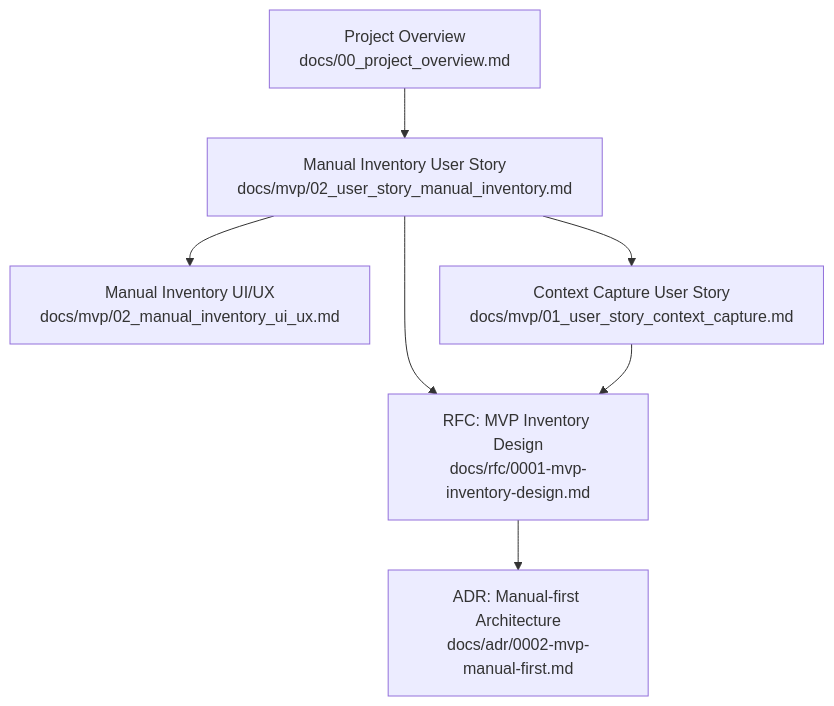
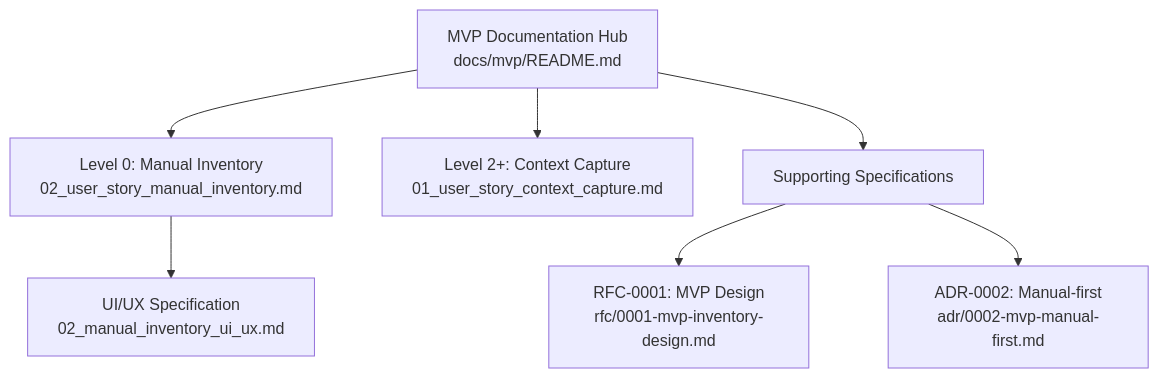
Before and after one commit to asukhodko/timeskein: the first of 7 diagrams in .qoder/repowiki/en/content/MVP Documentation.md, drawn with Mermaid. The commit also changed other lines of this file and 6 other files, not shown here.

````diff
--- a/.qoder/repowiki/en/content/MVP Documentation.md
+++ b/.qoder/repowiki/en/content/MVP Documentation.md
@@ -44,9 +45,9 @@
 ```mermaid
 graph TB
-A["Project Overview<br/>docs/00_project_overview.md"] --> B["Manual Inventory User Story<br/>docs/mvp/02_user_story_manual_inventory.md"]
-B --> C["Manual Inventory UI/UX<br/>docs/mvp/02_manual_inventory_ui_ux.md"]
-B --> D["RFC: MVP Inventory Design<br/>docs/rfc/0001-mvp-inventory-design.md"]
-B --> E["Context Capture User Story<br/>docs/mvp/01_user_story_context_capture.md"]
-D --> F["ADR: Manual-first Architecture<br/>docs/adr/0002-mvp-manual-first.md"]
-E --> D
+A["MVP Documentation Hub<br/>docs/mvp/README.md"] --> B["Level 0: Manual Inventory<br/>02_user_story_manual_inventory.md"]
+B --> C["UI/UX Specification<br/>02_manual_inventory_ui_ux.md"]
+A --> D["Level 2+: Context Capture<br/>01_user_story_context_capture.md"]
+A --> E["Supporting Specifications"]
+E --> F["RFC-0001: MVP Design<br/>rfc/0001-mvp-inventory-design.md"]
+E --> G["ADR-0002: Manual-first<br/>adr/0002-mvp-manual-first.md"]
 ```
````
